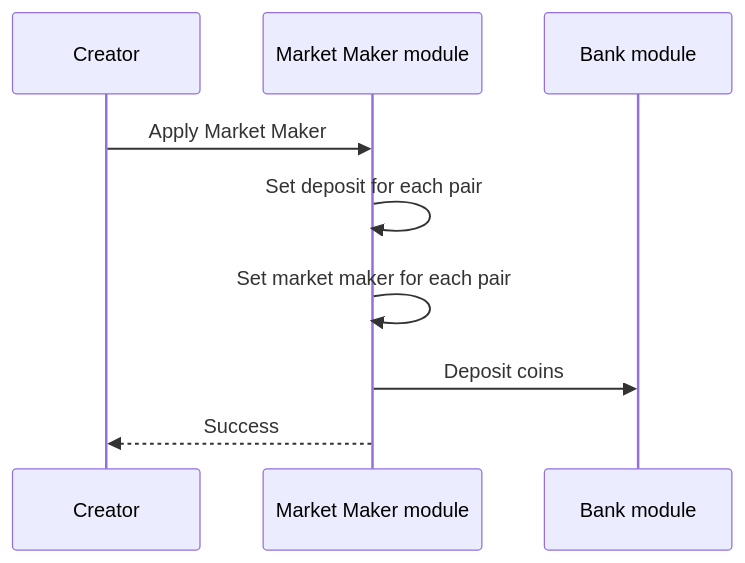
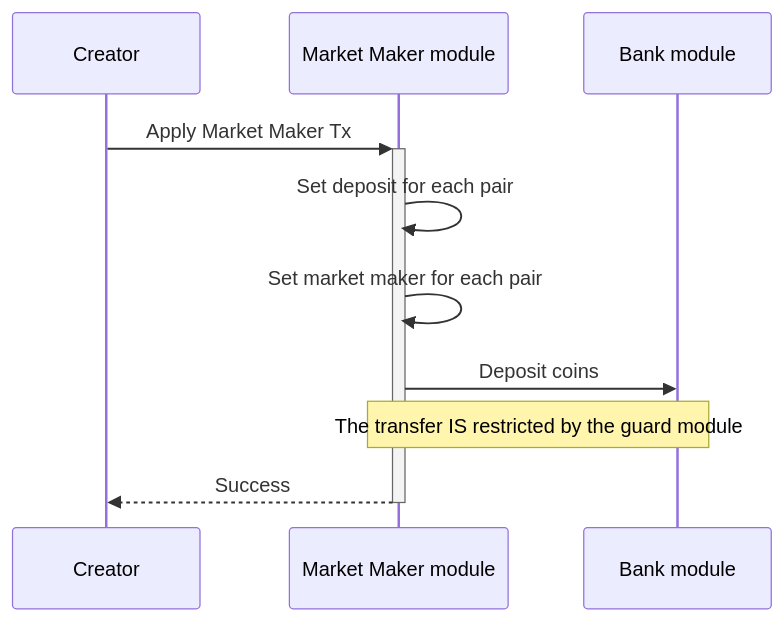
The first of 2 diagrams in x/marketmaker/spec/08_txs_flows.md (MANTRA-Chain/mantrachain), drawn with Mermaid before and after one commit. The commit also changed other lines of this file and 12 other files, not shown here.

Commit message:
docs: add update txs flows docs

````diff
--- a/x/marketmaker/spec/08_txs_flows.md
+++ b/x/marketmaker/spec/08_txs_flows.md
@@ -7,8 +7,9 @@
 ```mermaid
 sequenceDiagram
-Creator ->> Market Maker module: Apply Market Maker
+Creator->>+Market Maker module: Apply Market Maker Tx
 Market Maker module->>Market Maker module: Set deposit for each pair
 Market Maker module->>Market Maker module: Set market maker for each pair
 Market Maker module->>Bank module: Deposit coins
-Market Maker module-->> Creator: Success
+Note over Market Maker module, Bank module: The transfer IS restricted by the guard module
+Market Maker module-->>-Creator: Success
 ```
````
